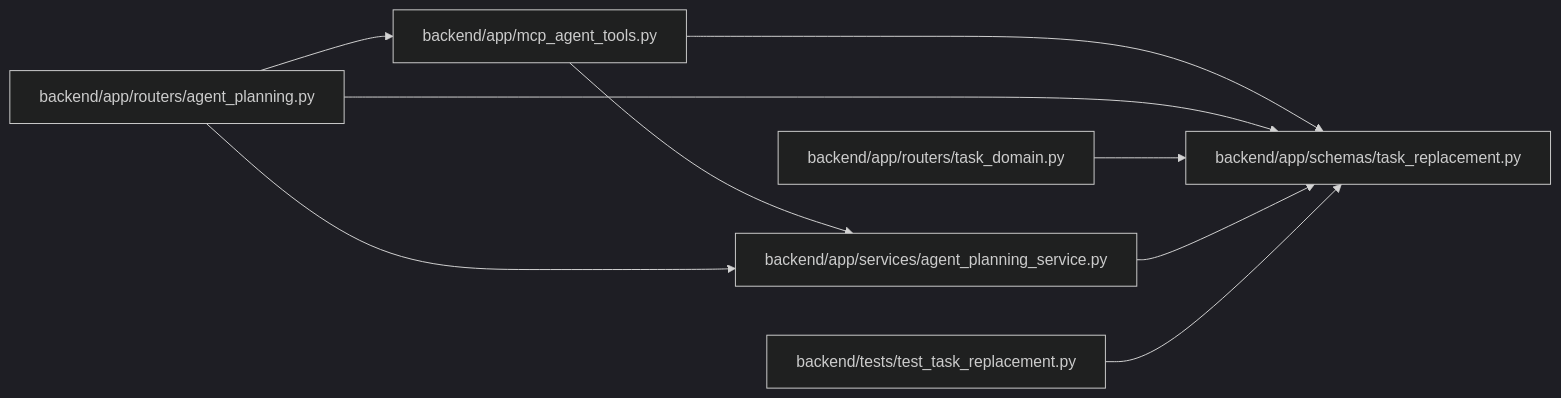
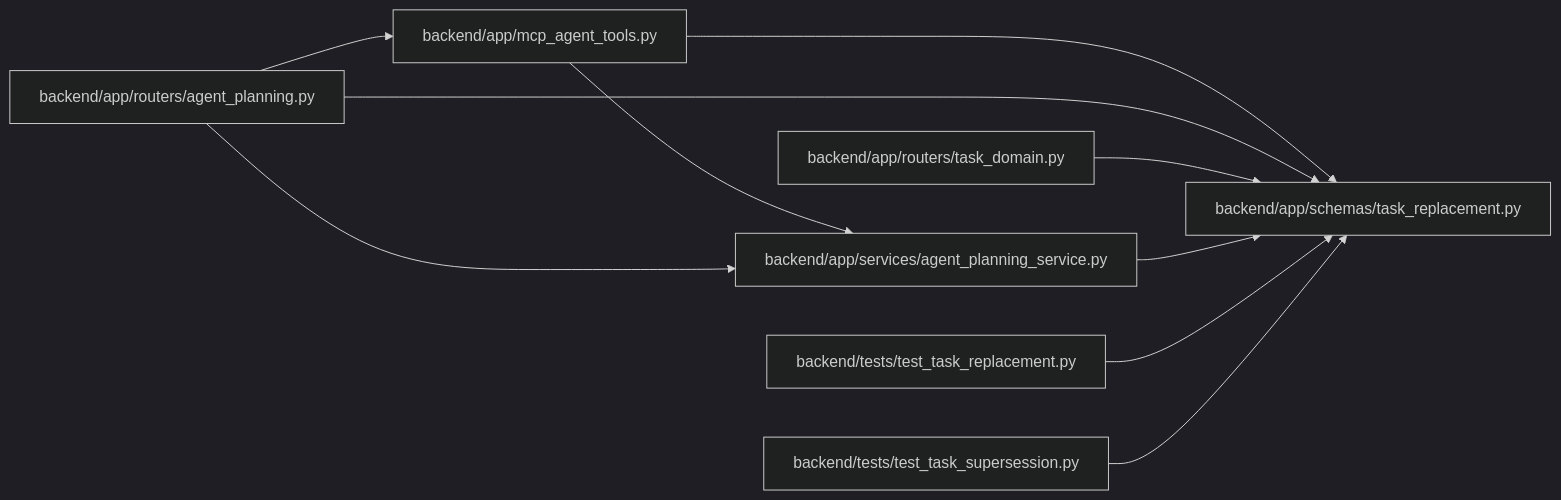
Before and after one commit to Denissvgn/WorkChord: the diagram in docs/llm_wiki/modules/schemas_task_replacement.md, drawn with Mermaid (dark theme). The commit also changed other lines of this file and 693 other files, not shown here.

Commit message:
Sync the architectural wiki for superseding work with an accepted successor

````diff
--- a/docs/llm_wiki/modules/schemas_task_replacement.md
+++ b/docs/llm_wiki/modules/schemas_task_replacement.md
@@ -20,23 +20,26 @@
 ```mermaid
 flowchart LR
     n0["backend/app/mcp_agent_tools.py"]
     n1["backend/app/routers/agent_planning.py"]
     n2["backend/app/routers/task_domain.py"]
     n3["backend/app/schemas/task_replacement.py"]
     n4["backend/app/services/agent_planning_service.py"]
     n5["backend/tests/test_task_replacement.py"]
+    n6["backend/tests/test_task_supersession.py"]
     n0 --> n3
     n0 --> n4
     n1 --> n0
     n1 --> n3
     n1 --> n4
     n2 --> n3
     n4 --> n3
     n5 --> n3
+    n6 --> n3
     click n0 "../modules/mcp_agent_tools.md"
     click n1 "../modules/routers_agent_planning.md"
     click n2 "../modules/routers_task_domain.md"
     click n3 "../modules/schemas_task_replacement.md"
     click n4 "../modules/agent_planning_service.md"
     click n5 "../modules/test_task_replacement.md"
+    click n6 "../modules/test_task_supersession.md"
 ```
````
